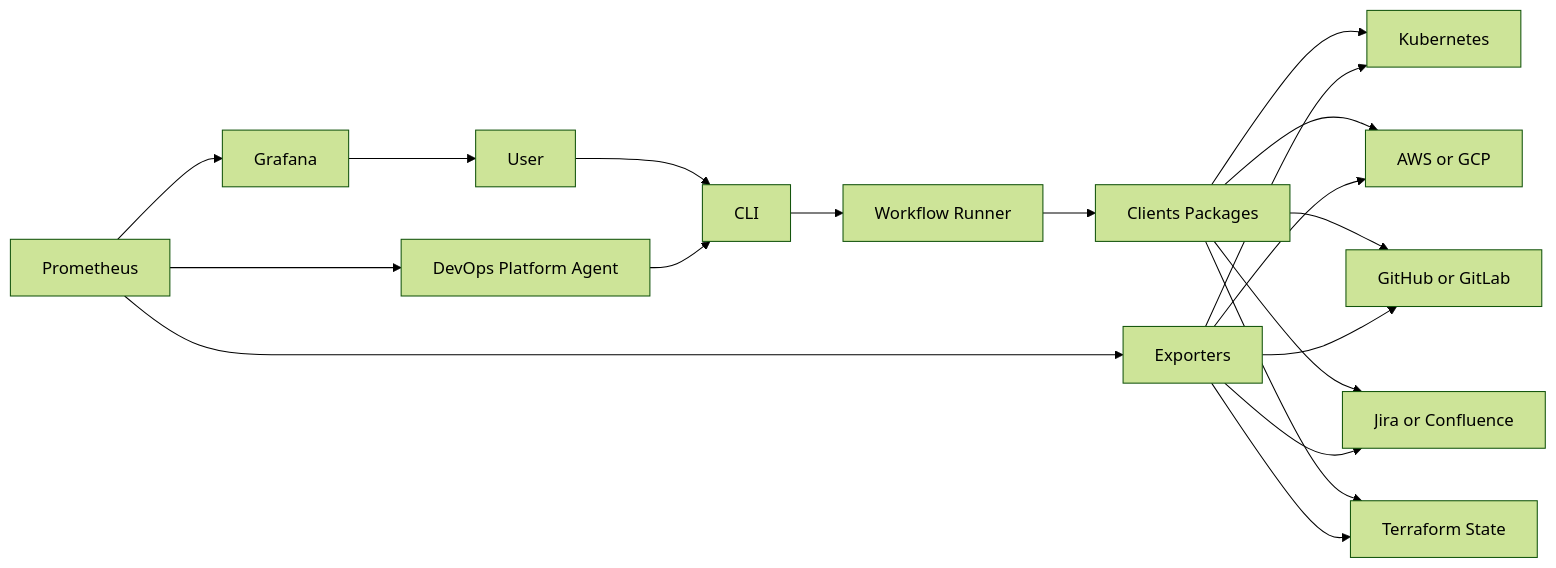
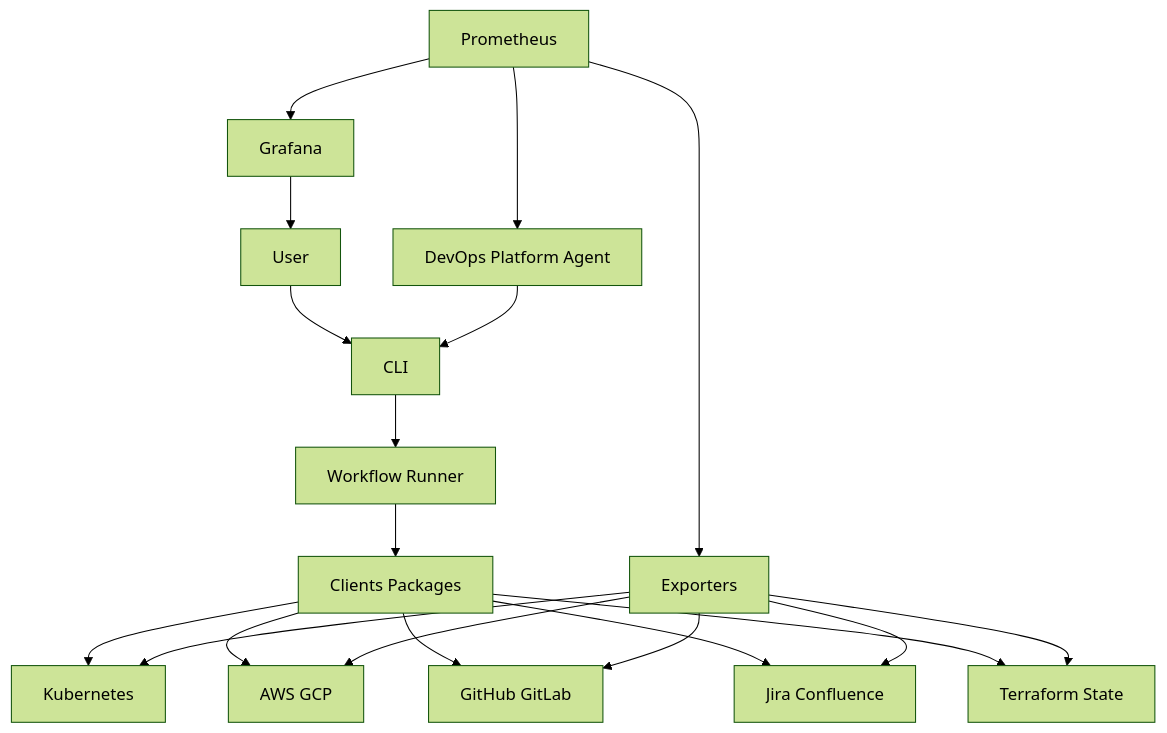
Before and after one commit to hazemataya94/hape-overview: the diagram in Architecture.md, drawn with Mermaid (forest theme).

````diff
--- a/Architecture.md
+++ b/Architecture.md
@@ -66,21 +66,21 @@
 ```mermaid
-graph LR;
-U[User] --> CLI[CLI];
-AG[DevOps Platform Agent] --> CLI;
-CLI --> WF[Workflow Runner];
-WF --> CP[Clients Packages];
-P[Prometheus] --> EXP[Exporters];
-P --> G[Grafana];
-CP --> K[Kubernetes];
-CP --> CLOUD[AWS or GCP];
-CP --> VCS[GitHub or GitLab];
-CP --> WM[Jira or Confluence];
-CP --> TF[Terraform State];
-EXP --> K;
-EXP --> CLOUD;
-EXP --> VCS;
-EXP --> WM;
-EXP --> TF;
-G --> U;
-P --> AG;
+graph TD
+  U[User] --> CLI[CLI]
+  AG[DevOps Platform Agent] --> CLI
+  CLI --> WF[Workflow Runner]
+  WF --> CP[Clients Packages]
+  P[Prometheus] --> EXP[Exporters]
+  P --> G[Grafana]
+  CP --> K[Kubernetes]
+  CP --> CLOUD[AWS GCP]
+  CP --> VCS[GitHub GitLab]
+  CP --> WM[Jira Confluence]
+  CP --> TF[Terraform State]
+  EXP --> K
+  EXP --> CLOUD
+  EXP --> VCS
+  EXP --> WM
+  EXP --> TF
+  G --> U
+  P --> AG
 ```
````
